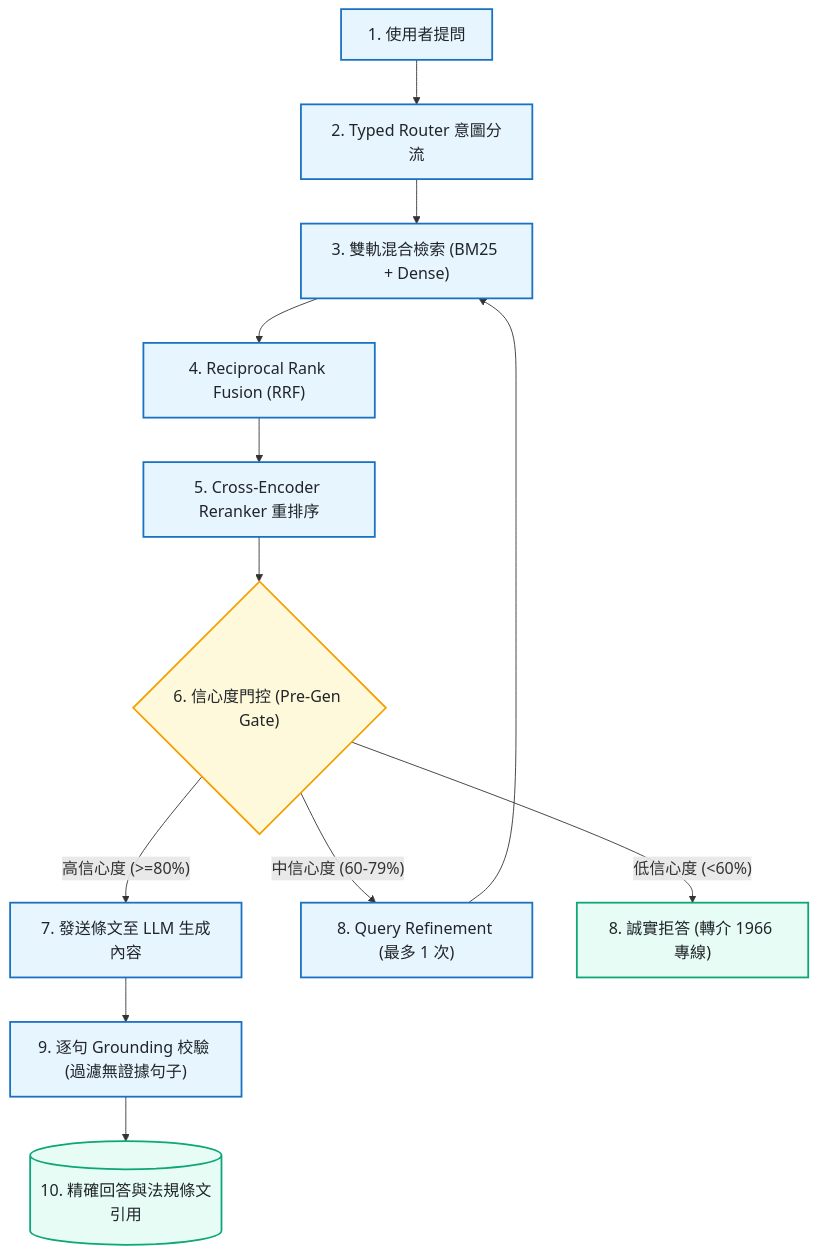
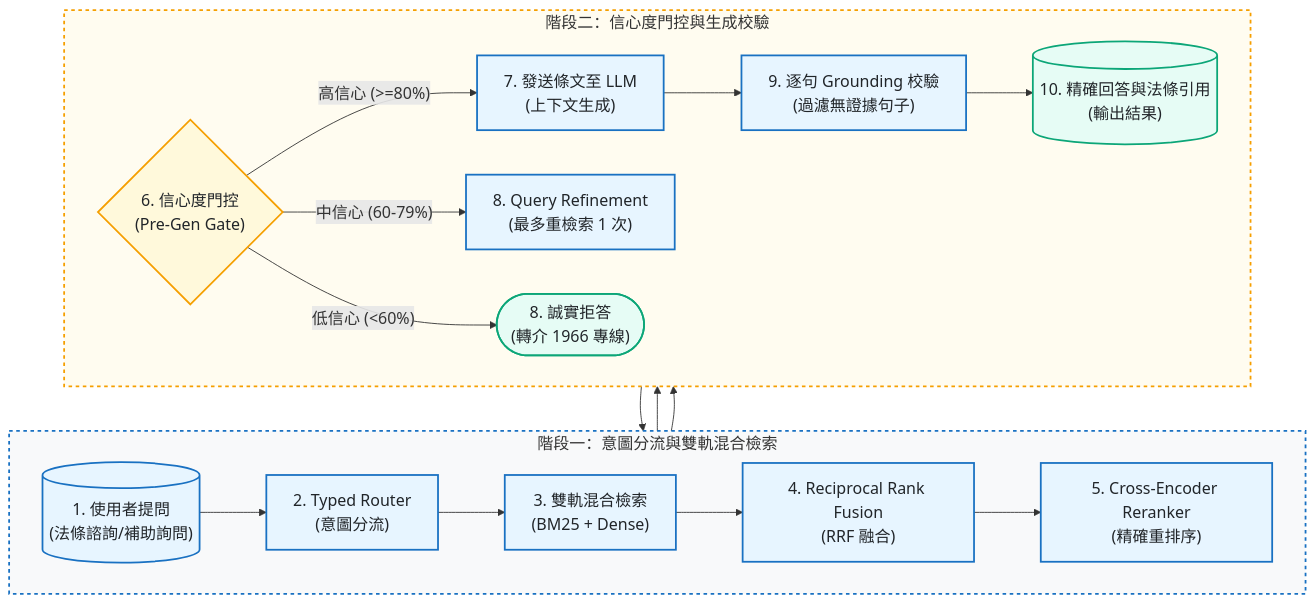
One commit to kuotunyu/tw-longcare-rag changed the first of 2 diagrams in README.md. Above: the diagram before and after it, drawn with Mermaid. The commit also changed other lines of this file, not shown here.

Commit message:
docs: apply high-end card container styles and semantic node shapes to RAG flowcharts

````diff
--- a/README.md
+++ b/README.md
@@ -34,25 +34,29 @@
 ```mermaid
 %%{init: {'themeVariables': {'fontSize': '18px'}}}%%
 flowchart TD
-    Q["1. 使用者提問"] --> R["2. Typed Router 意圖分流"]
-    R --> H["3. 雙軌混合檢索 (BM25 + Dense)"]
-    H --> RRF["4. Reciprocal Rank Fusion (RRF)"]
-    RRF --> CE["5. Cross-Encoder Reranker 重排序"]
-    CE --> Gate{"6. 信心度門控 (Pre-Gen Gate)"}
+    subgraph Stage1 ["階段一：意圖分流與雙軌混合檢索"]
+        direction LR
+        Q[("1. 使用者提問<br/>(法條諮詢/補助詢問)")] --> R["2. Typed Router<br/>(意圖分流)"] --> H["3. 雙軌混合檢索<br/>(BM25 + Dense)"] --> RRF["4. Reciprocal Rank Fusion<br/>(RRF 融合)"] --> CE["5. Cross-Encoder Reranker<br/>(精確重排序)"]
+    end
 
-    Gate -->|"高信心度 (>=80%)"| Gen["7. 發送條文至 LLM 生成內容"]
-    Gate -->|"中信心度 (60-79%)"| Ref["8. Query Refinement (最多 1 次)"]
-    Gate -->|"低信心度 (<60%)"| Rej["8. 誠實拒答 (轉介 1966 專線)"]
+    subgraph Stage2 ["階段二：信心度門控與生成校驗"]
+        direction LR
+        CE --> Gate{"6. 信心度門控<br/>(Pre-Gen Gate)"}
+        Gate -->|"高信心 (>=80%)"| Gen["7. 發送條文至 LLM<br/>(上下文生成)"] --> Post["9. 逐句 Grounding 校驗<br/>(過濾無證據句子)"] --> Out[("10. 精確回答與法條引用<br/>(輸出結果)")]
+        Gate -->|"中信心 (60-79%)"| Ref["8. Query Refinement<br/>(最多重檢索 1 次)"] --> H
+        Gate -->|"低信心 (<60%)"| Rej(["8. 誠實拒答<br/>(轉介 1966 專線)"])
+    end
 
-    Ref --> H
-    Gen --> Post["9. 逐句 Grounding 校驗 (過濾無證據句子)"]
-    Post --> Out[("10. 精確回答與法規條文引用")]
+    Stage1 --> Stage2
 
     classDef normStyle fill:#e7f5ff,stroke:#1971c2,stroke-width:2px,color:#212529
     classDef condStyle fill:#fff9db,stroke:#f59f00,stroke-width:2px,color:#212529
     classDef outStyle fill:#e6fcf5,stroke:#0ca678,stroke-width:2px,color:#212529
 
     class Q,R,H,RRF,CE,Ref,Gen,Post normStyle
     class Gate condStyle
     class Out,Rej outStyle
+
+    style Stage1 fill:#f8f9fa,stroke:#1971c2,stroke-width:2px,stroke-dasharray: 4 4
+    style Stage2 fill:#fffcf0,stroke:#f59f00,stroke-width:2px,stroke-dasharray: 4 4
 ```
````
